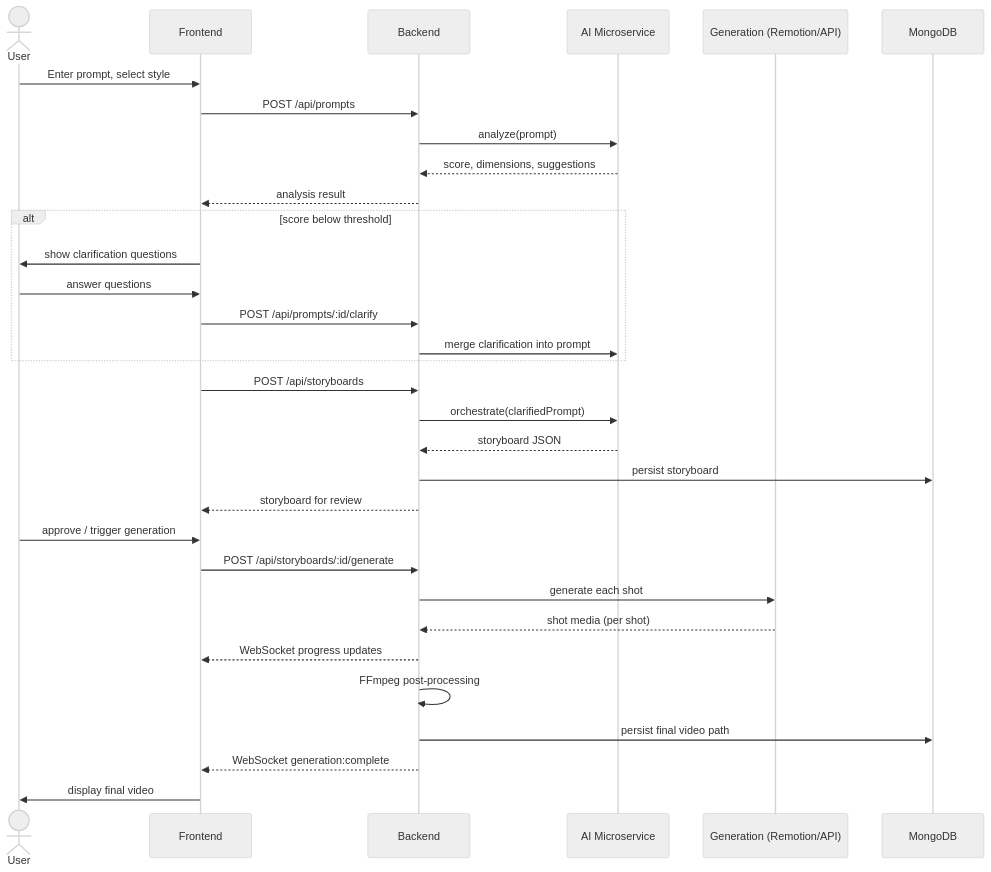
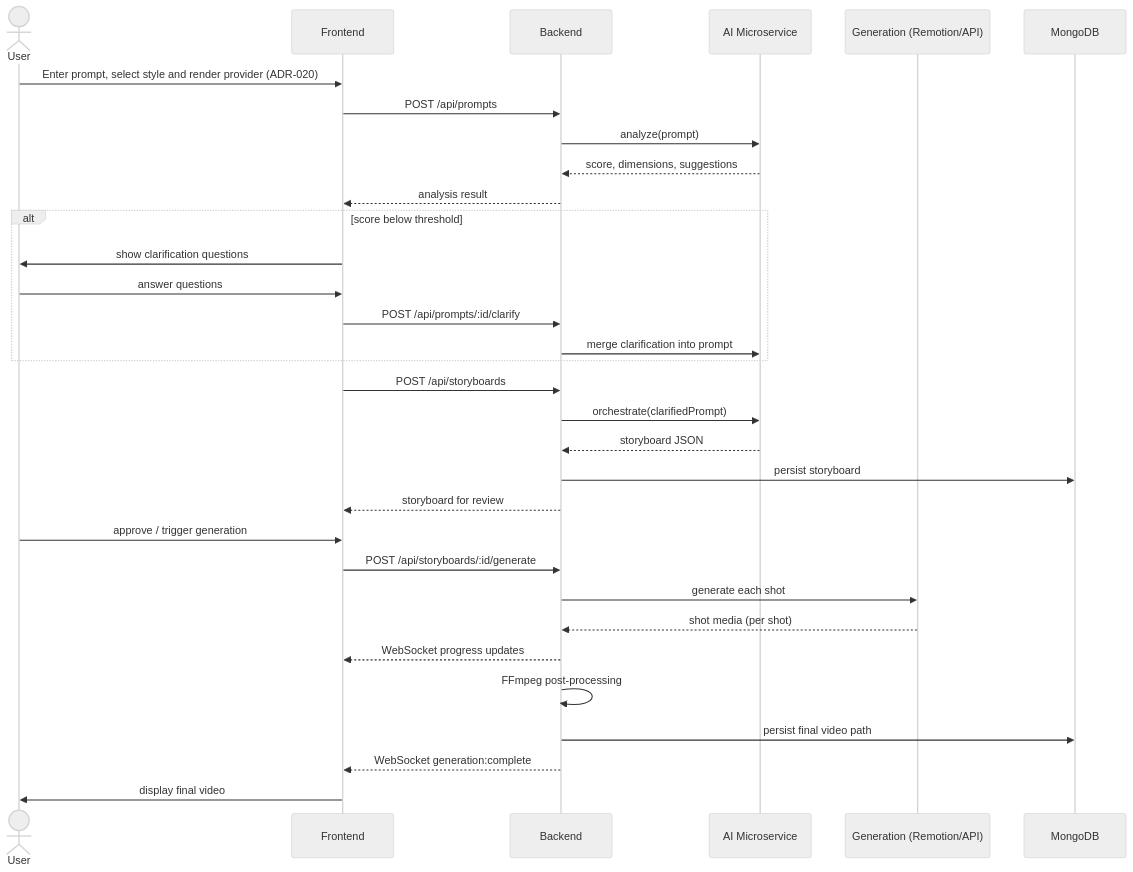
One commit to Majid580/Vidcraft changed the ninth of 11 diagrams in PROJECT_ARCHITECTURE.md. Above: the diagram before and after it, drawn with Mermaid (neutral theme). The commit also changed other lines of this file and 27 other files, not shown here.

````diff
--- a/PROJECT_ARCHITECTURE.md
+++ b/PROJECT_ARCHITECTURE.md
@@ -1214,35 +1219,35 @@
 ```mermaid
 sequenceDiagram
     actor User
     participant FE as Frontend
     participant BE as Backend
     participant AI as AI Microservice
     participant GEN as Generation (Remotion/API)
     participant DB as MongoDB
 
-    User->>FE: Enter prompt, select style
+    User->>FE: Enter prompt, select style and render provider (ADR-020)
     FE->>BE: POST /api/prompts
     BE->>AI: analyze(prompt)
     AI-->>BE: score, dimensions, suggestions
     BE-->>FE: analysis result
     alt score below threshold
         FE->>User: show clarification questions
         User->>FE: answer questions
         FE->>BE: POST /api/prompts/:id/clarify
         BE->>AI: merge clarification into prompt
     end
     FE->>BE: POST /api/storyboards
     BE->>AI: orchestrate(clarifiedPrompt)
     AI-->>BE: storyboard JSON
     BE->>DB: persist storyboard
     BE-->>FE: storyboard for review
     User->>FE: approve / trigger generation
     FE->>BE: POST /api/storyboards/:id/generate
     BE->>GEN: generate each shot
     GEN-->>BE: shot media (per shot)
     BE-->>FE: WebSocket progress updates
     BE->>BE: FFmpeg post-processing
     BE->>DB: persist final video path
     BE-->>FE: WebSocket generation:complete
     FE->>User: display final video
 ```
````
